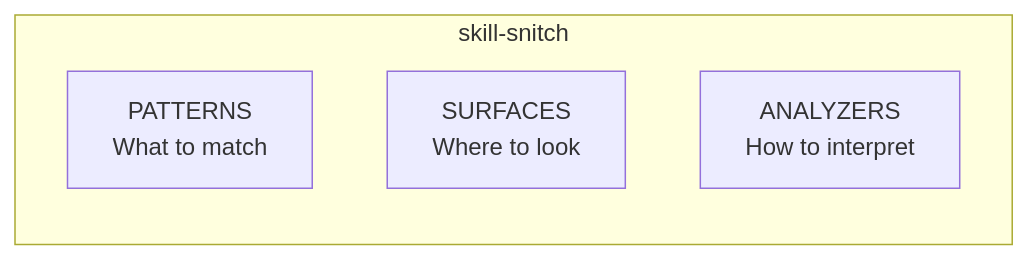
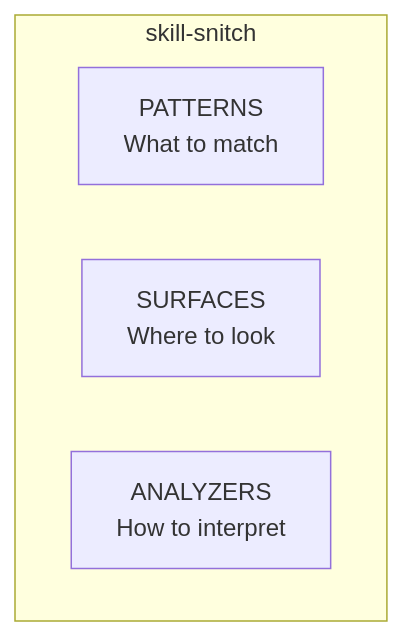
Before and after one commit to SimHacker/moollm: the first of 2 diagrams in designs/SKILL-SECURITY-ARCHITECTURE.md, drawn with Mermaid. The commit also changed other lines of this file and 1 other file, not shown here.

Commit message:
Mermaid: all vertical (TD not LR), all <br> not \n for mobile

````diff
--- a/designs/SKILL-SECURITY-ARCHITECTURE.md
+++ b/designs/SKILL-SECURITY-ARCHITECTURE.md
@@ -231,8 +231,8 @@
 ```mermaid
-flowchart LR
+flowchart TD
     subgraph skill-snitch
-        P["PATTERNS\nWhat to match"]
-        S["SURFACES\nWhere to look"]
-        A["ANALYZERS\nHow to interpret"]
+        P["PATTERNS<br>What to match"]
+        S["SURFACES<br>Where to look"]
+        A["ANALYZERS<br>How to interpret"]
     end
 ```
````
